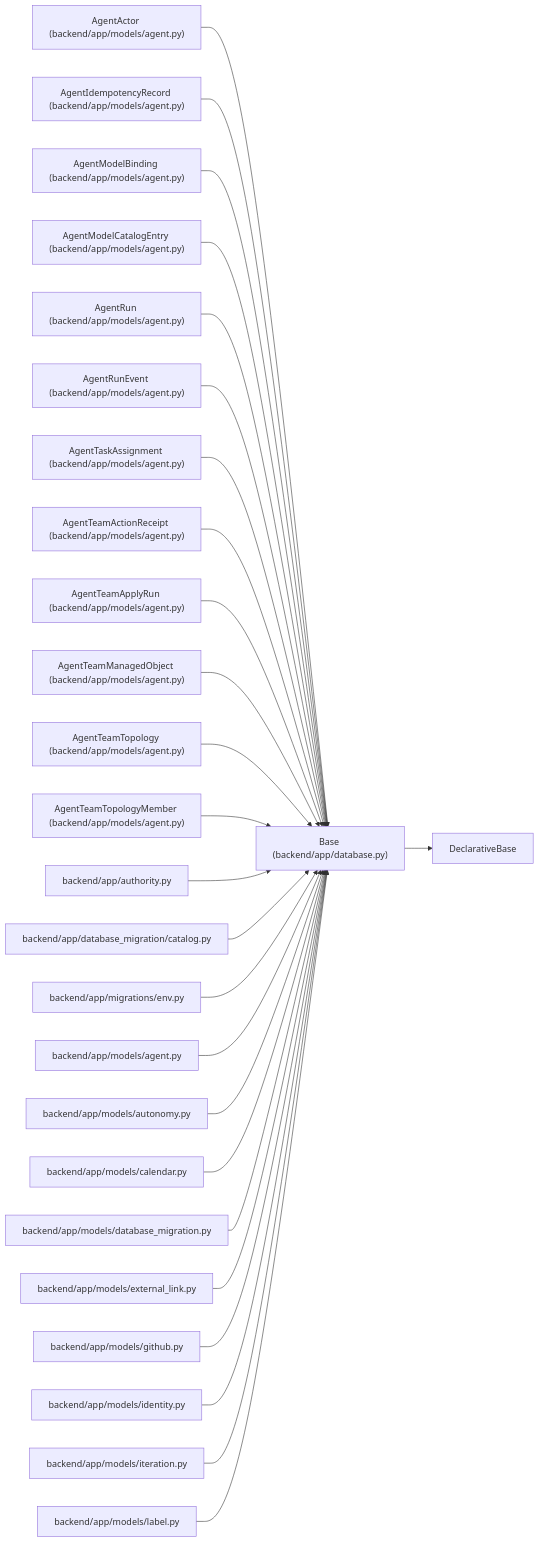
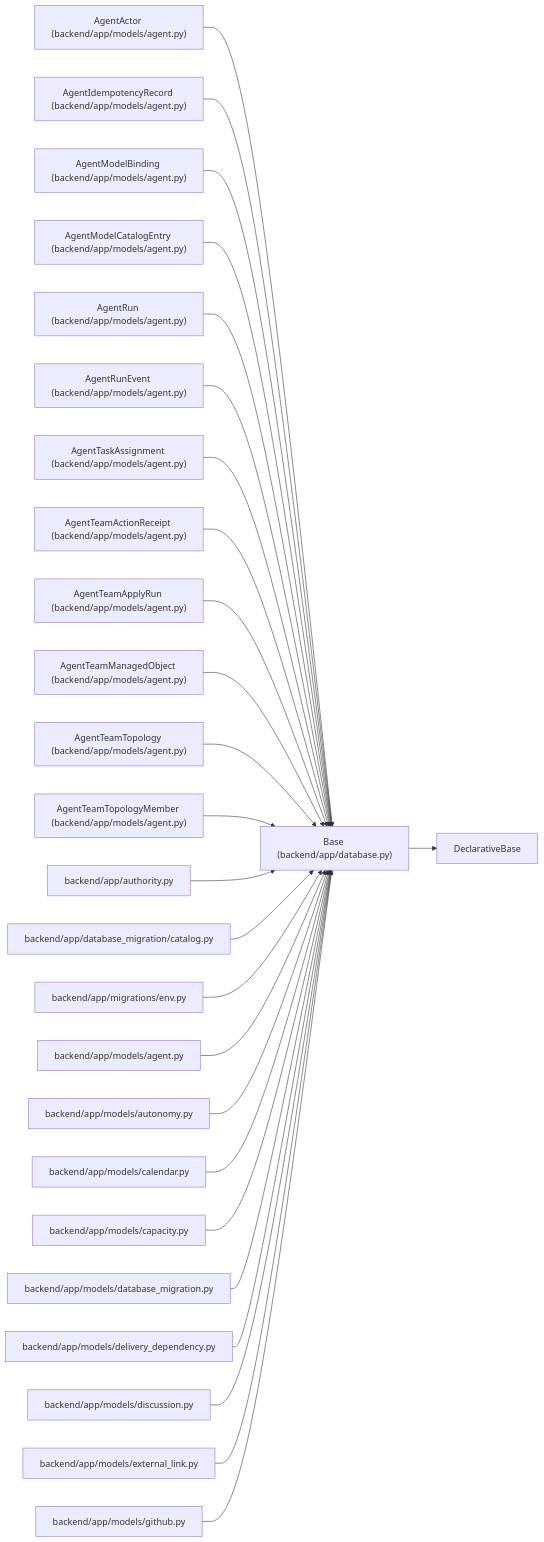
The diagram in docs/llm_wiki/entities/Base.md (Denissvgn/WorkChord), drawn with Mermaid before and after one commit. The commit also changed other lines of this file and 1888 other files, not shown here.

First line of the commit message:
Add human teamwork workflows, shared capacity, and task discussion (#7)

````diff
--- a/docs/llm_wiki/entities/Base.md
+++ b/docs/llm_wiki/entities/Base.md
@@ -23,79 +23,79 @@
 ```mermaid
 flowchart LR
     n0["Base (backend/app/database.py)"]
     n1["DeclarativeBase"]
     n2["AgentActor (backend/app/models/agent.py)"]
     n3["AgentIdempotencyRecord (backend/app/models/agent.py)"]
     n4["AgentModelBinding (backend/app/models/agent.py)"]
     n5["AgentModelCatalogEntry (backend/app/models/agent.py)"]
     n6["AgentRun (backend/app/models/agent.py)"]
     n7["AgentRunEvent (backend/app/models/agent.py)"]
     n8["AgentTaskAssignment (backend/app/models/agent.py)"]
     n9["AgentTeamActionReceipt (backend/app/models/agent.py)"]
     n10["AgentTeamApplyRun (backend/app/models/agent.py)"]
     n11["AgentTeamManagedObject (backend/app/models/agent.py)"]
     n12["AgentTeamTopology (backend/app/models/agent.py)"]
     n13["AgentTeamTopologyMember (backend/app/models/agent.py)"]
     n14["backend/app/authority.py"]
     n15["backend/app/database_migration/catalog.py"]
     n16["backend/app/migrations/env.py"]
     n17["backend/app/models/agent.py"]
     n18["backend/app/models/autonomy.py"]
     n19["backend/app/models/calendar.py"]
-    n20["backend/app/models/database_migration.py"]
-    n21["backend/app/models/external_link.py"]
-    n22["backend/app/models/github.py"]
-    n23["backend/app/models/identity.py"]
-    n24["backend/app/models/iteration.py"]
-    n25["backend/app/models/label.py"]
+    n20["backend/app/models/capacity.py"]
+    n21["backend/app/models/database_migration.py"]
+    n22["backend/app/models/delivery_dependency.py"]
+    n23["backend/app/models/discussion.py"]
+    n24["backend/app/models/external_link.py"]
+    n25["backend/app/models/github.py"]
     n0 --> n1
     n2 --> n0
     n3 --> n0
     n4 --> n0
     n5 --> n0
     n6 --> n0
     n7 --> n0
     n8 --> n0
     n9 --> n0
     n10 --> n0
     n11 --> n0
     n12 --> n0
     n13 --> n0
     n14 --> n0
     n15 --> n0
     n16 --> n0
     n17 --> n0
     n18 --> n0
     n19 --> n0
     n20 --> n0
     n21 --> n0
     n22 --> n0
     n23 --> n0
     n24 --> n0
     n25 --> n0
     click n0 "../modules/app_database.md"
     click n2 "../modules/models_agent.md"
     click n3 "../modules/models_agent.md"
     click n4 "../modules/models_agent.md"
     click n5 "../modules/models_agent.md"
     click n6 "../modules/models_agent.md"
     click n7 "../modules/models_agent.md"
     click n8 "../modules/models_agent.md"
     click n9 "../modules/models_agent.md"
     click n10 "../modules/models_agent.md"
     click n11 "../modules/models_agent.md"
     click n12 "../modules/models_agent.md"
     click n13 "../modules/models_agent.md"
     click n14 "../modules/authority.md"
     click n15 "../modules/catalog.md"
     click n16 "../modules/migrations_env.md"
     click n17 "../modules/models_agent.md"
     click n18 "../modules/models_autonomy.md"
     click n19 "../modules/models_calendar.md"
-    click n20 "../modules/models_database_migration.md"
-    click n21 "../modules/models_external_link.md"
-    click n22 "../modules/models_github.md"
-    click n23 "../modules/models_identity.md"
-    click n24 "../modules/models_iteration.md"
-    click n25 "../modules/models_label.md"
+    click n20 "../modules/models_capacity.md"
+    click n21 "../modules/models_database_migration.md"
+    click n22 "../modules/delivery_dependency.md"
+    click n23 "../modules/models_discussion.md"
+    click n24 "../modules/models_external_link.md"
+    click n25 "../modules/models_github.md"
 ```
````
